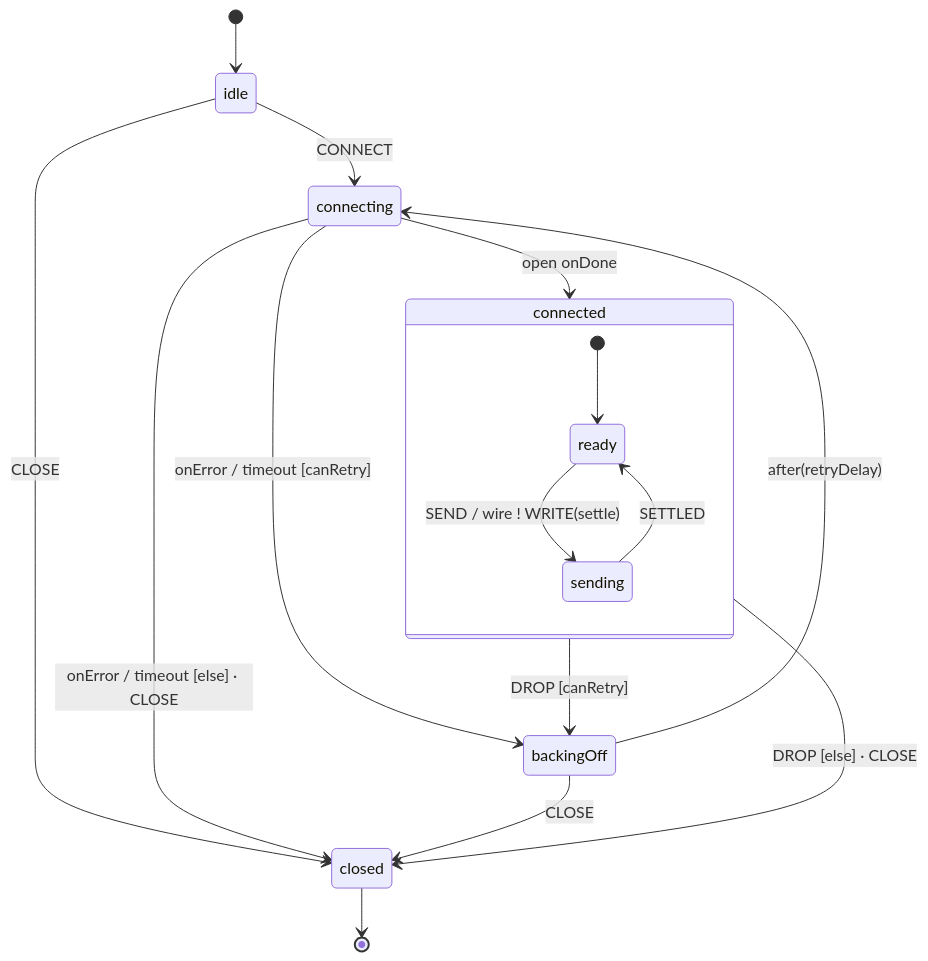
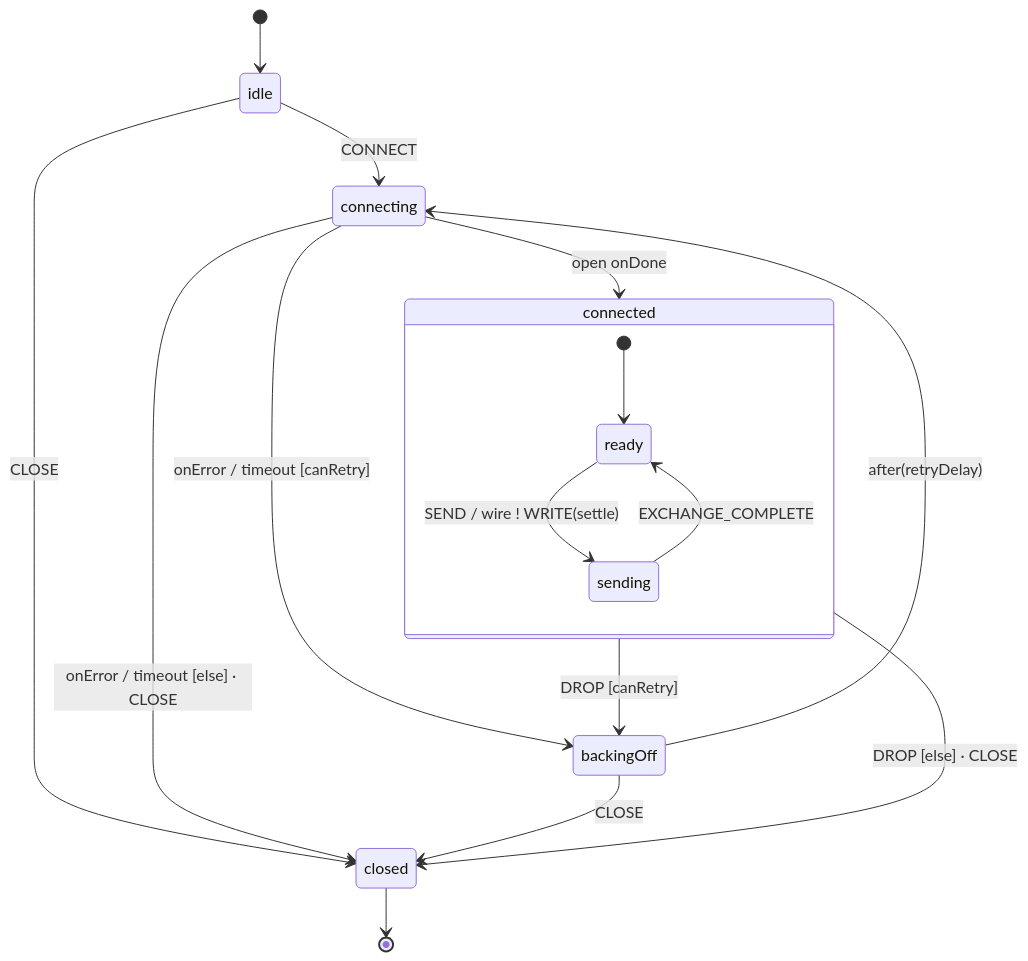
The first of 2 diagrams in packages/mllp-client/docs/architecture.md (rethinkhealth/glion), drawn with Mermaid before and after one commit. The commit also changed other lines of this file and 5 other files, not shown here.

````diff
--- a/packages/mllp-client/docs/architecture.md
+++ b/packages/mllp-client/docs/architecture.md
@@ -26,19 +26,19 @@
 ```mermaid
 stateDiagram-v2
   [*] --> idle
   idle --> connecting : CONNECT
   idle --> closed : CLOSE
   connecting --> connected : open onDone
   connecting --> backingOff : onError / timeout [canRetry]
   connecting --> closed : onError / timeout [else] · CLOSE
   backingOff --> connecting : after(retryDelay)
   backingOff --> closed : CLOSE
   state connected {
     [*] --> ready
     ready --> sending : SEND / wire ! WRITE(settle)
-    sending --> ready : SETTLED
+    sending --> ready : EXCHANGE_COMPLETE
   }
   connected --> backingOff : DROP [canRetry]
   connected --> closed : DROP [else] · CLOSE
   closed --> [*]
 ```
````
